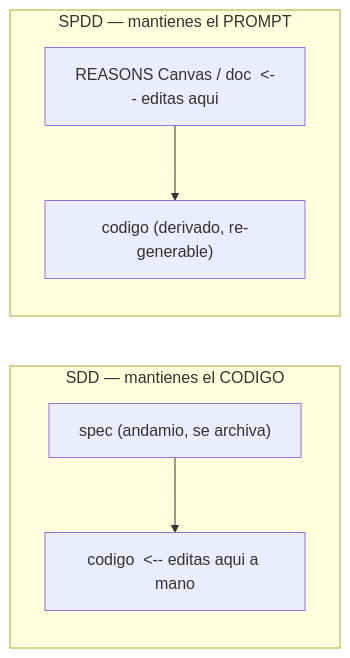
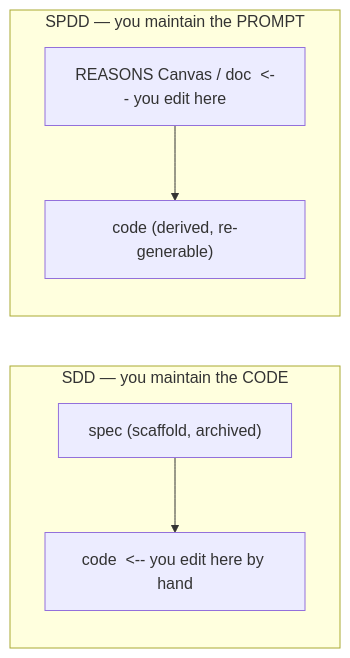
The first of 2 diagrams in docs/project/methodologies.md (grojof/ai-workspace-generator), drawn with Mermaid before and after one commit. The commit also changed other lines of this file and 16 other files, not shown here.

````diff
--- a/docs/project/methodologies.md
+++ b/docs/project/methodologies.md
@@ -16,9 +16,9 @@
 ```mermaid
 flowchart LR
-  subgraph SDD["SDD — mantienes el CODIGO"]
-    s1["spec (andamio, se archiva)"] --> c1["codigo  <-- editas aqui a mano"]
+  subgraph SDD["SDD — you maintain the CODE"]
+    s1["spec (scaffold, archived)"] --> c1["code  <-- you edit here by hand"]
   end
-  subgraph SPDD["SPDD — mantienes el PROMPT"]
-    p1["REASONS Canvas / doc  <-- editas aqui"] --> c2["codigo (derivado, re-generable)"]
+  subgraph SPDD["SPDD — you maintain the PROMPT"]
+    p1["REASONS Canvas / doc  <-- you edit here"] --> c2["code (derived, re-generable)"]
   end
 ```
````
